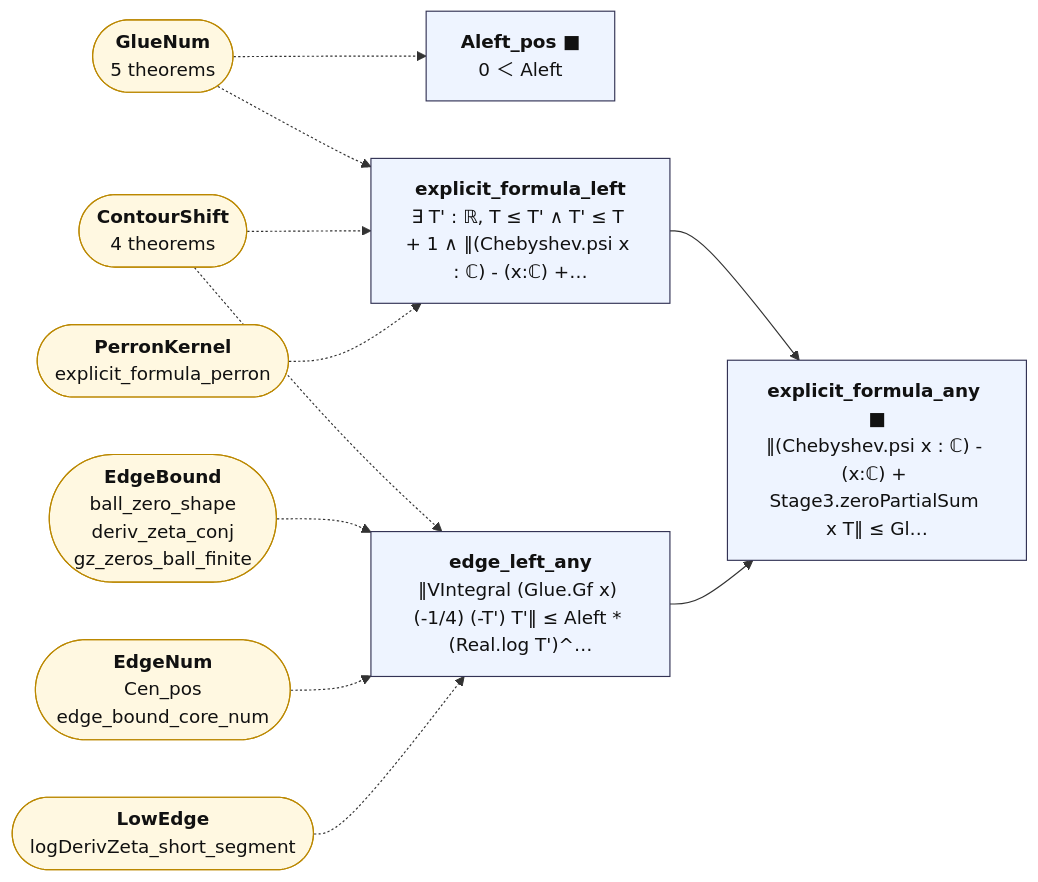
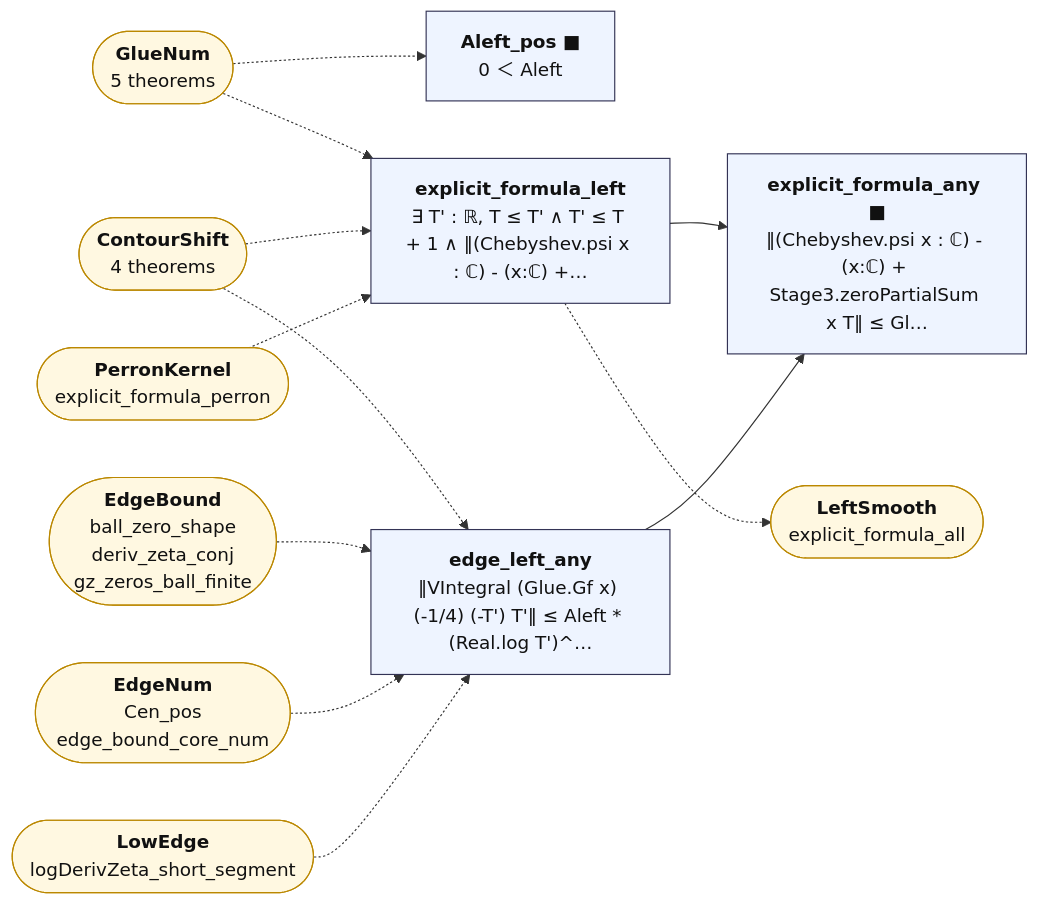
Before and after one commit to juliansambranojr/Primebeat_081426: the diagram in map/lean_stage3/ExplicitLeft.mmd, drawn with Mermaid. The commit also changed 34 other files, not shown here.

```diff
--- a/map/lean_stage3/ExplicitLeft.mmd
+++ b/map/lean_stage3/ExplicitLeft.mmd
@@ -1,29 +1,31 @@
 flowchart LR
   n0["<b>Aleft_pos ■</b><br/>0 ＜ Aleft"]:::thm
   n1["<b>explicit_formula_left</b><br/>∃ T' : ℝ, T ≤ T' ∧ T' ≤ T + 1 ∧ ‖(Chebyshev.psi x : ℂ) - (x:ℂ) +…"]:::thm
   n2["<b>edge_left_any</b><br/>‖VIntegral (Glue.Gf x) (-1/4) (-T') T'‖ ≤ Aleft * (Real.log T')^…"]:::thm
   n3["<b>explicit_formula_any ■</b><br/>‖(Chebyshev.psi x : ℂ) - (x:ℂ) + Stage3.zeroPartialSum x T‖ ≤ Gl…"]:::thm
   x0(["<b>GlueNum</b><br/>5 theorems"]):::ext
   x1(["<b>ContourShift</b><br/>4 theorems"]):::ext
   x2(["<b>PerronKernel</b><br/>explicit_formula_perron"]):::ext
-  x3(["<b>EdgeBound</b><br/>ball_zero_shape<br/>deriv_zeta_conj<br/>gz_zeros_ball_finite"]):::ext
-  x4(["<b>EdgeNum</b><br/>Cen_pos<br/>edge_bound_core_num"]):::ext
-  x5(["<b>LowEdge</b><br/>logDerivZeta_short_segment"]):::ext
+  x3(["<b>LeftSmooth</b><br/>explicit_formula_all"]):::ext
+  x4(["<b>EdgeBound</b><br/>ball_zero_shape<br/>deriv_zeta_conj<br/>gz_zeros_ball_finite"]):::ext
+  x5(["<b>EdgeNum</b><br/>Cen_pos<br/>edge_bound_core_num"]):::ext
+  x6(["<b>LowEdge</b><br/>logDerivZeta_short_segment"]):::ext
   n1 --> n3
   n2 --> n3
+  n1 -.-> x3
   x0 -.-> n0
   x0 -.-> n1
   x1 -.-> n1
   x1 -.-> n2
   x2 -.-> n1
-  x3 -.-> n2
   x4 -.-> n2
   x5 -.-> n2
+  x6 -.-> n2
   classDef cnt fill:#dff5ec,stroke:#17694a,color:#111
   classDef shp fill:#f1ecfb,stroke:#5b3fa0,color:#111
   classDef rh fill:#ffe5e5,stroke:#c22,color:#111,stroke-width:2px
   classDef thm fill:#eef4ff,stroke:#335,color:#111
   classDef end_ fill:#e7f7e7,stroke:#2a7,color:#111,stroke-width:2px
   classDef lone fill:#fff,stroke:#999,color:#111,stroke-dasharray:4 3
   classDef bad fill:#ffe5e5,stroke:#c22,color:#111,stroke-width:2px
   classDef ext fill:#fff8e1,stroke:#b80,color:#111
```
